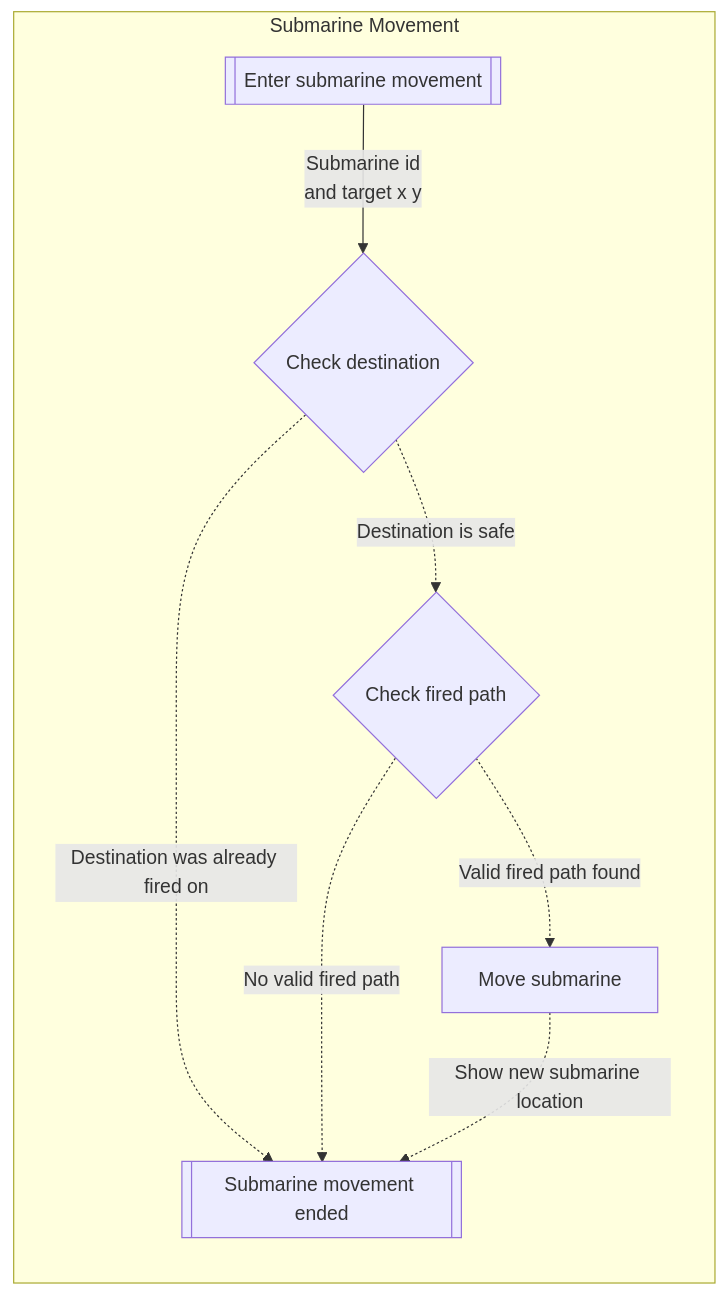
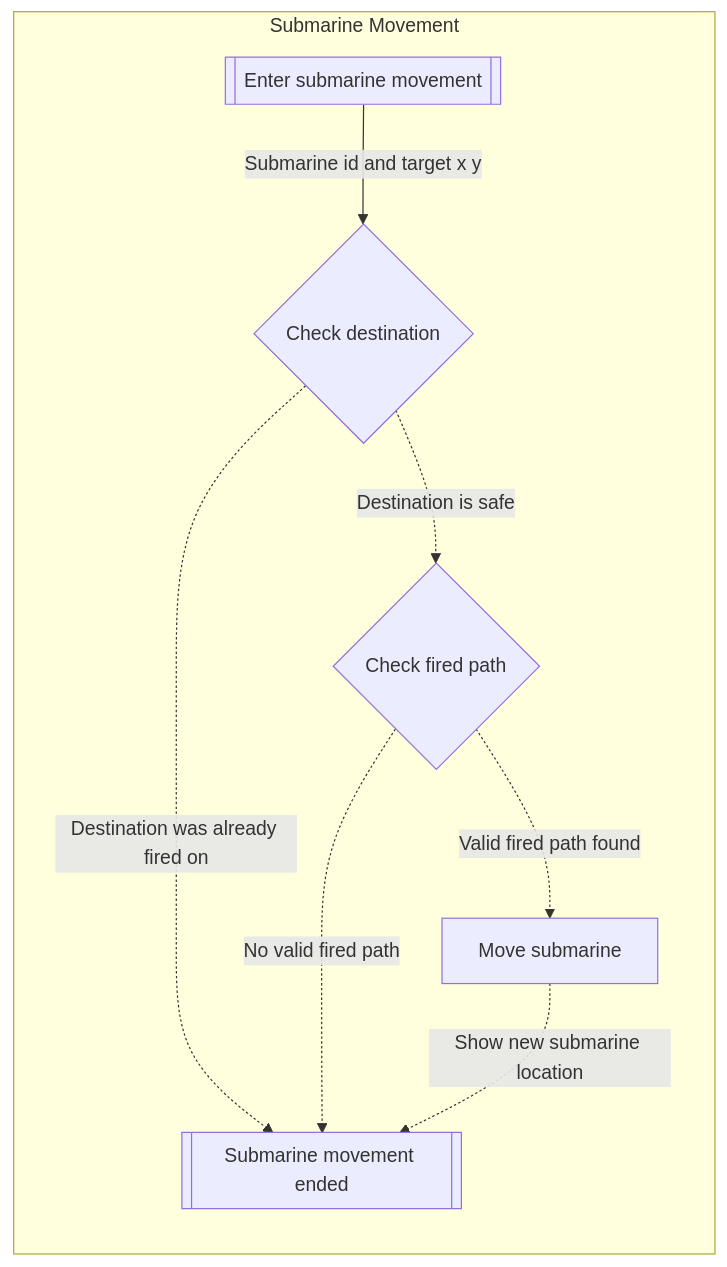
One commit to ThienTang923/COMP-2450-Battleship changed the fifth of 6 diagrams in README.md. Above: the diagram before and after it, drawn with Mermaid. The commit also changed other lines of this file, not shown here.

Commit message:
changing combat flow and placing ship flow

````diff
--- a/README.md
+++ b/README.md
@@ -153,24 +131,23 @@
 ```mermaid
 flowchart
 subgraph Submarine Movement
     direction TB
     getTarget[[Enter submarine movement]]
     
     checkDestination{Check destination}
     checkPath{Check fired path}
     moveSubmarine[Move submarine]
     
     endMove[[Submarine movement ended]]
     
-    getTarget -- Submarine id
-        and target x y --> checkDestination
+    getTarget -- Submarine id and target x y --> checkDestination
     
     checkDestination -. Destination was already fired on .-> endMove
     checkDestination -. Destination is safe .-> checkPath
     
     checkPath -. No valid fired path .-> endMove
     checkPath -. Valid fired path found .-> moveSubmarine
     
     moveSubmarine -. Show new submarine location .-> endMove
 end
 ```
````
